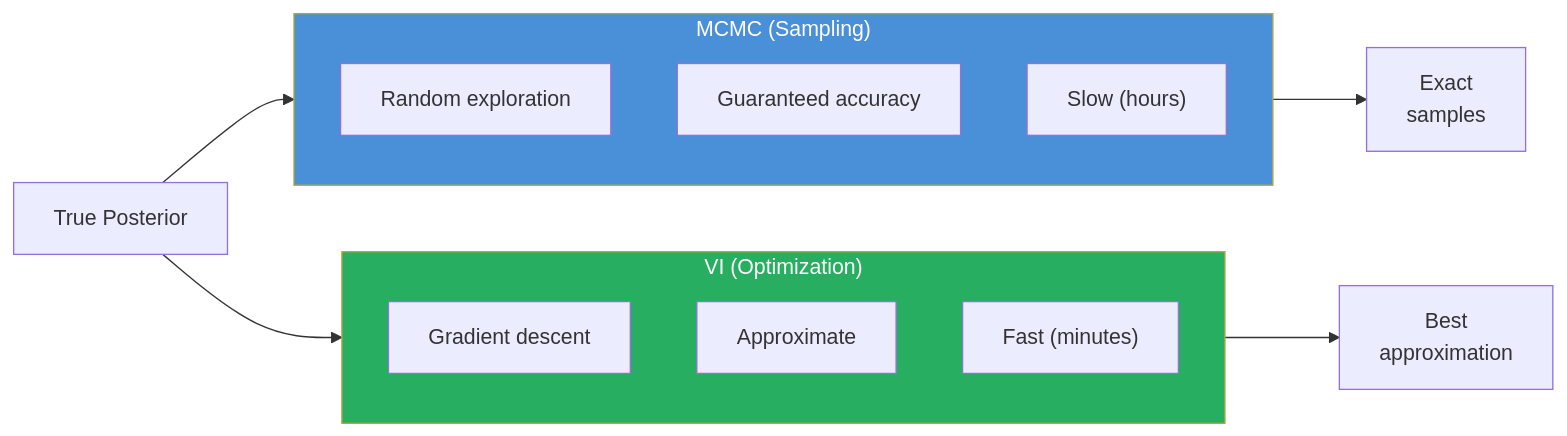
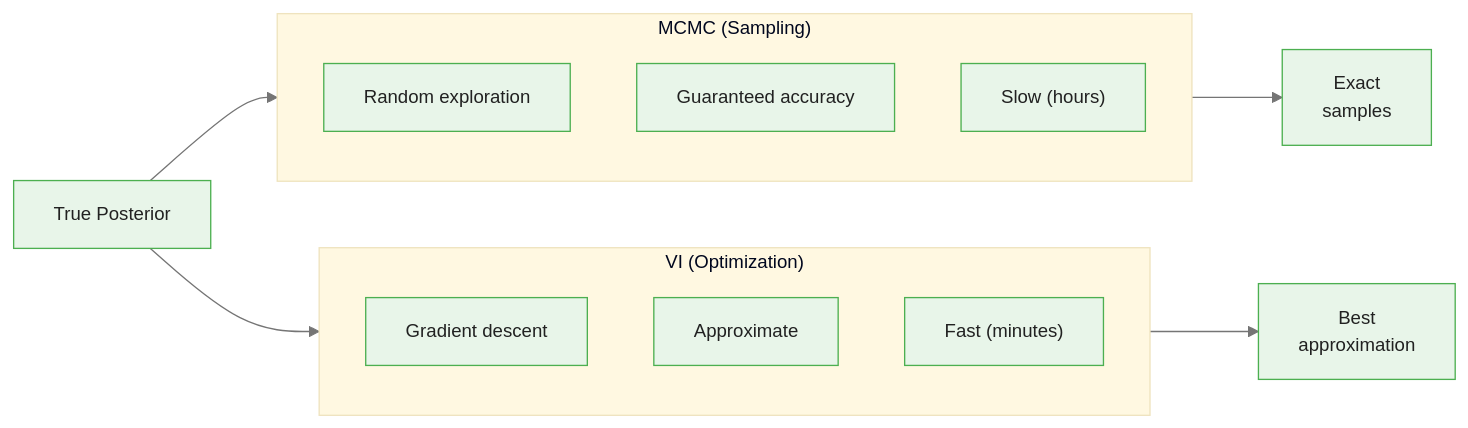
The first of 4 diagrams in courses/bayesian-commodity-forecasting/modules/module_06_inference/guides/03_variational_inference_slides.md (m-deane/course-creator), drawn with Mermaid before and after one commit. The commit also changed other lines of this file and 104 other files, not shown here.

````diff
--- a/courses/bayesian-commodity-forecasting/modules/module_06_inference/guides/03_variational_inference_slides.md
+++ b/courses/bayesian-commodity-forecasting/modules/module_06_inference/guides/03_variational_inference_slides.md
@@ -41,19 +49,18 @@
 ```mermaid
+%%{init: {"theme": "base", "themeVariables": {"primaryColor": "#e8f5e9", "primaryBorderColor": "#4caf50", "primaryTextColor": "#212121", "secondaryColor": "#e3f2fd", "tertiaryColor": "#fff8e1", "lineColor": "#757575", "fontFamily": "Inter, sans-serif", "fontSize": "14px"}}}%%
 flowchart LR
     subgraph MCMC["MCMC (Sampling)"]
         M1["Random exploration"]
         M2["Guaranteed accuracy"]
         M3["Slow (hours)"]
     end
     subgraph VI["VI (Optimization)"]
         V1["Gradient descent"]
         V2["Approximate"]
         V3["Fast (minutes)"]
     end
     POST["True Posterior"] --> MCMC
     POST --> VI
     MCMC --> EX["Exact\nsamples"]
     VI --> AP["Best\napproximation"]
-    style MCMC fill:#4a90d9,color:#fff
-    style VI fill:#27ae60,color:#fff
 ```
````
